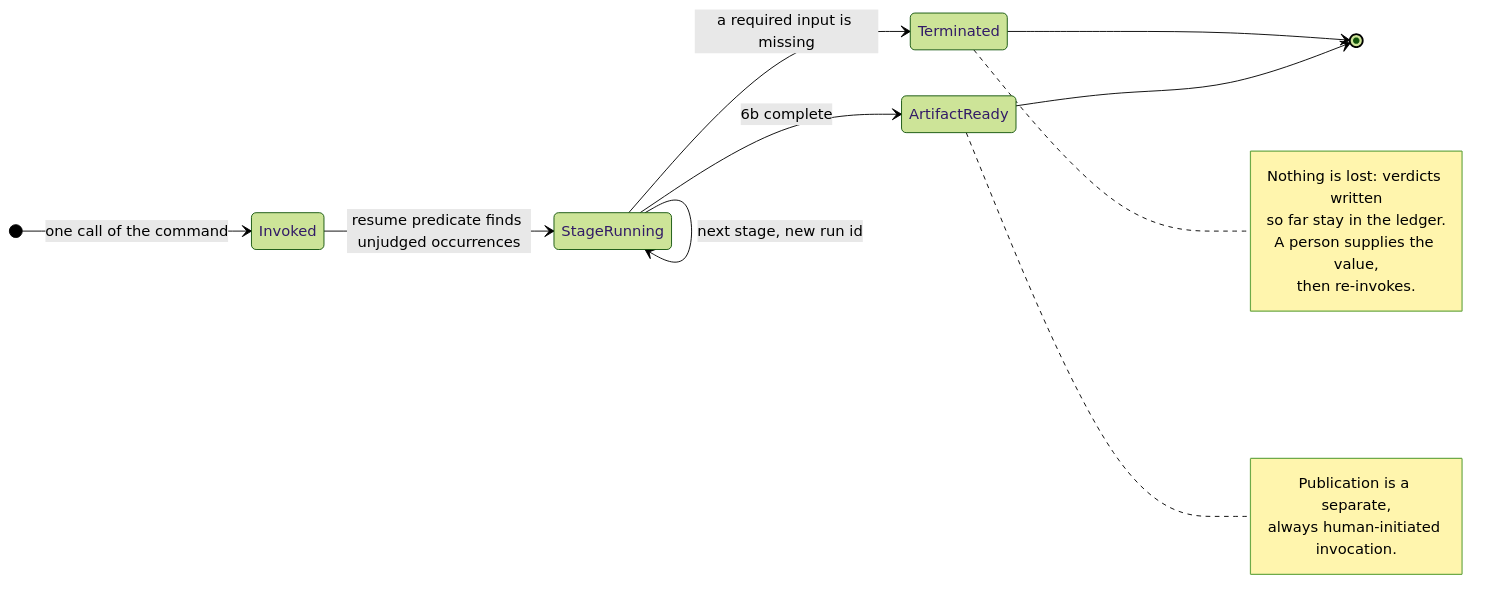
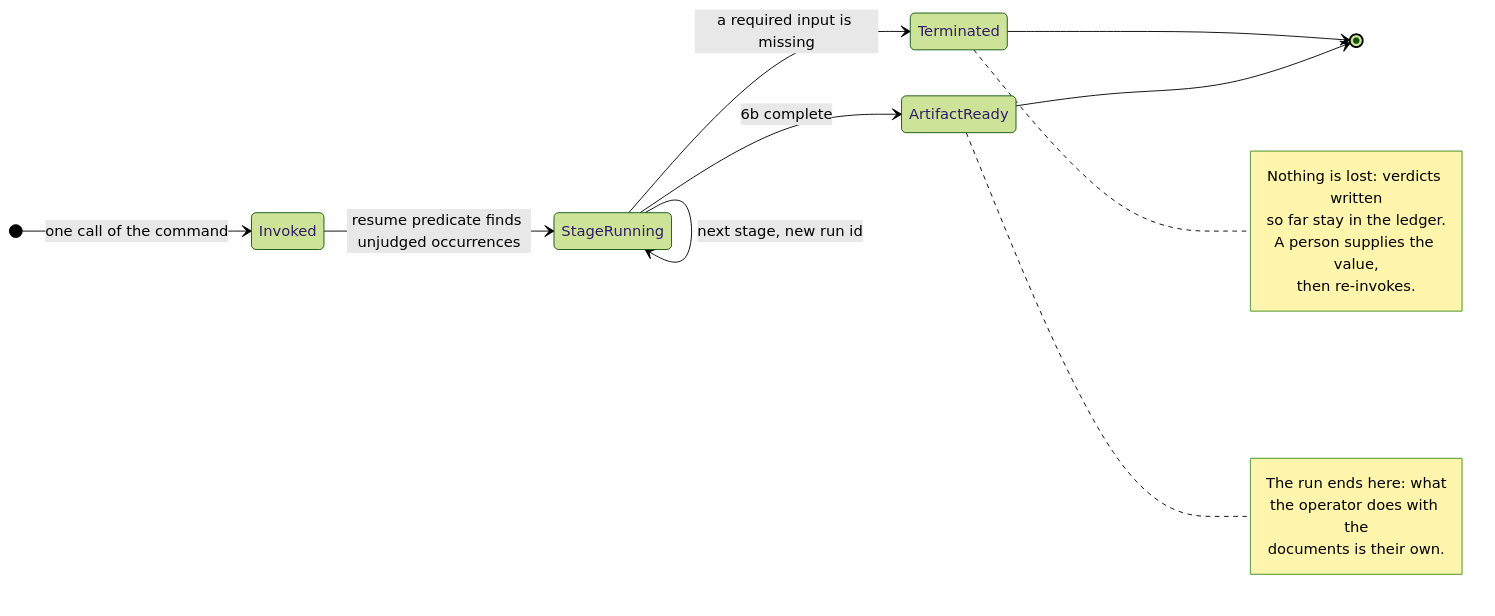
One commit to algernon28/vespera changed the third of 6 diagrams in docs/architecture.md. Above: the diagram before and after it, drawn with Mermaid (forest theme). The commit also changed other lines of this file and 12 other files, not shown here.

````diff
--- a/docs/architecture.md
+++ b/docs/architecture.md
@@ -146,21 +144,22 @@
 ```mermaid
 stateDiagram-v2
     direction LR
     [*] --> Invoked : one call of the command
     Invoked --> StageRunning : resume predicate finds unjudged occurrences
     StageRunning --> StageRunning : next stage, new run id
     StageRunning --> Terminated : a required input is missing
     StageRunning --> ArtifactReady : 6b complete
     Terminated --> [*]
     ArtifactReady --> [*]
     note right of Terminated
         Nothing is lost: verdicts written
         so far stay in the ledger.
         A person supplies the value,
         then re-invokes.
     end note
     note right of ArtifactReady
-        Publication is a separate,
-        always human-initiated invocation.
+        The run ends here: what
+        the operator does with the
+        documents is their own.
     end note
 ```
````
